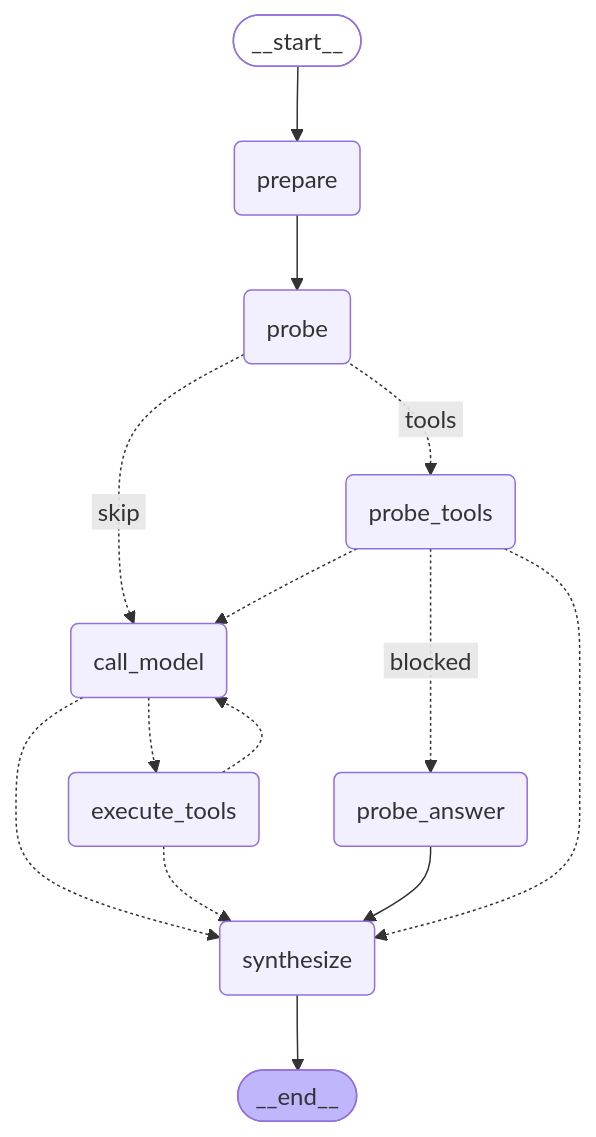
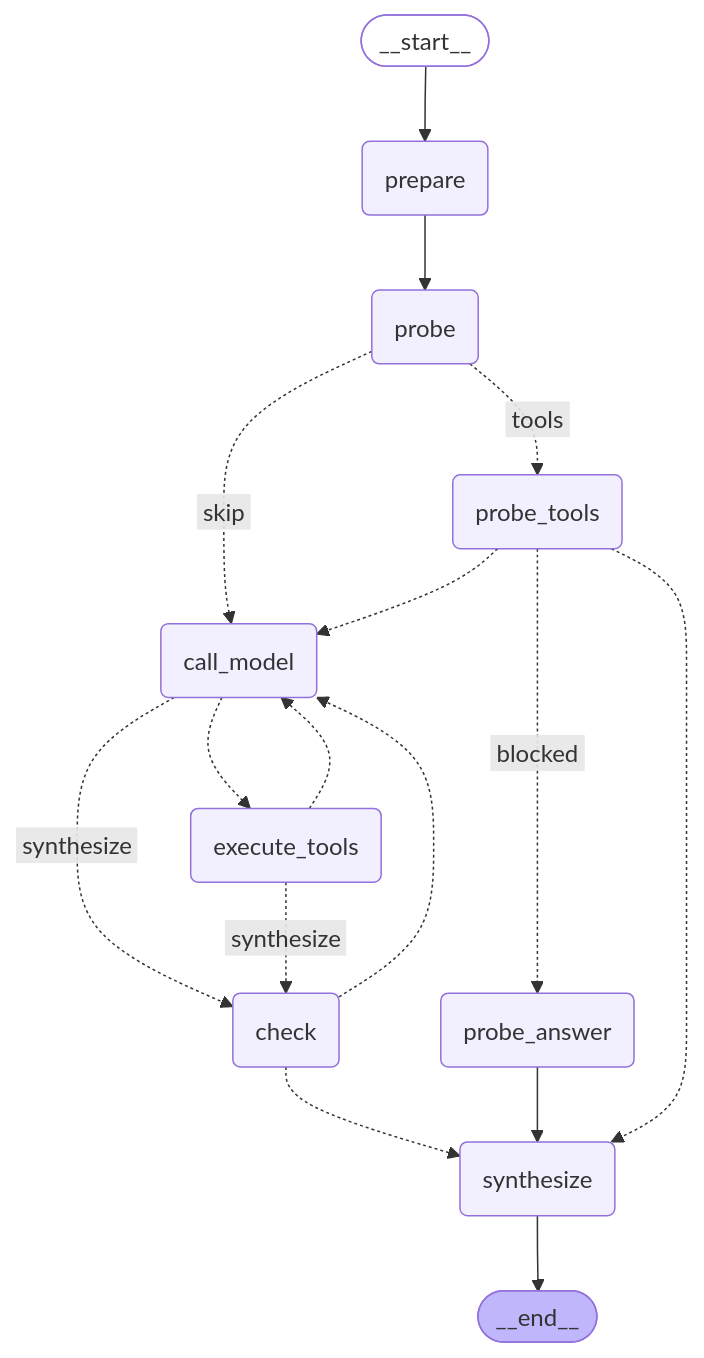
One commit to benrben/private-room changed diagram 14 of 25 in services/agent-sidecar/AGENTS.md. Above: the diagram before and after it, drawn with Mermaid. The commit also changed other lines of this file and 41 other files, not shown here.

````diff
--- a/services/agent-sidecar/AGENTS.md
+++ b/services/agent-sidecar/AGENTS.md
@@ -666,28 +673,31 @@
 ```mermaid
 graph TD;
 	__start__([<p>__start__</p>]):::first
 	prepare(prepare)
 	probe(probe)
 	probe_tools(probe_tools)
 	probe_answer(probe_answer)
 	call_model(call_model)
 	execute_tools(execute_tools)
+	check(check)
 	synthesize(synthesize)
 	__end__([<p>__end__</p>]):::last
 	__start__ --> prepare;
+	call_model -. &nbsp;synthesize&nbsp; .-> check;
 	call_model -.-> execute_tools;
-	call_model -.-> synthesize;
+	check -.-> call_model;
+	check -.-> synthesize;
 	execute_tools -.-> call_model;
-	execute_tools -.-> synthesize;
+	execute_tools -. &nbsp;synthesize&nbsp; .-> check;
 	prepare --> probe;
 	probe -. &nbsp;skip&nbsp; .-> call_model;
 	probe -. &nbsp;tools&nbsp; .-> probe_tools;
 	probe_answer --> synthesize;
 	probe_tools -.-> call_model;
 	probe_tools -. &nbsp;blocked&nbsp; .-> probe_answer;
 	probe_tools -.-> synthesize;
 	synthesize --> __end__;
 	classDef default fill:#f2f0ff,line-height:1.2
 	classDef first fill-opacity:0
 	classDef last fill:#bfb6fc
 ```
````
